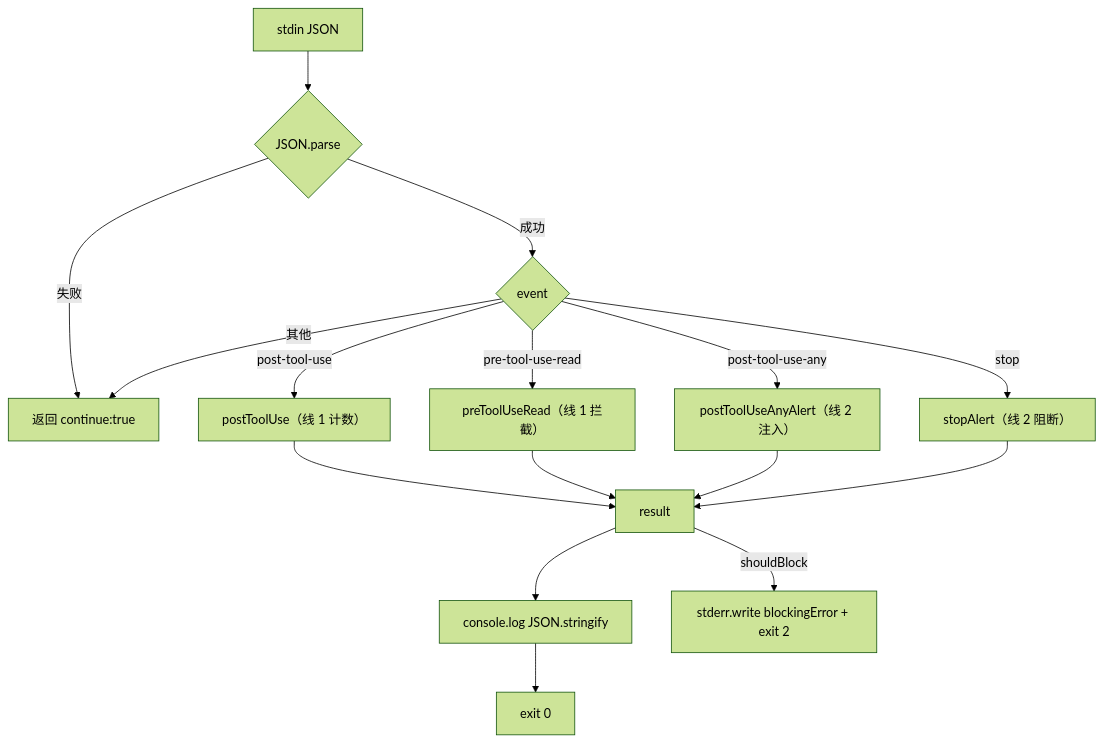
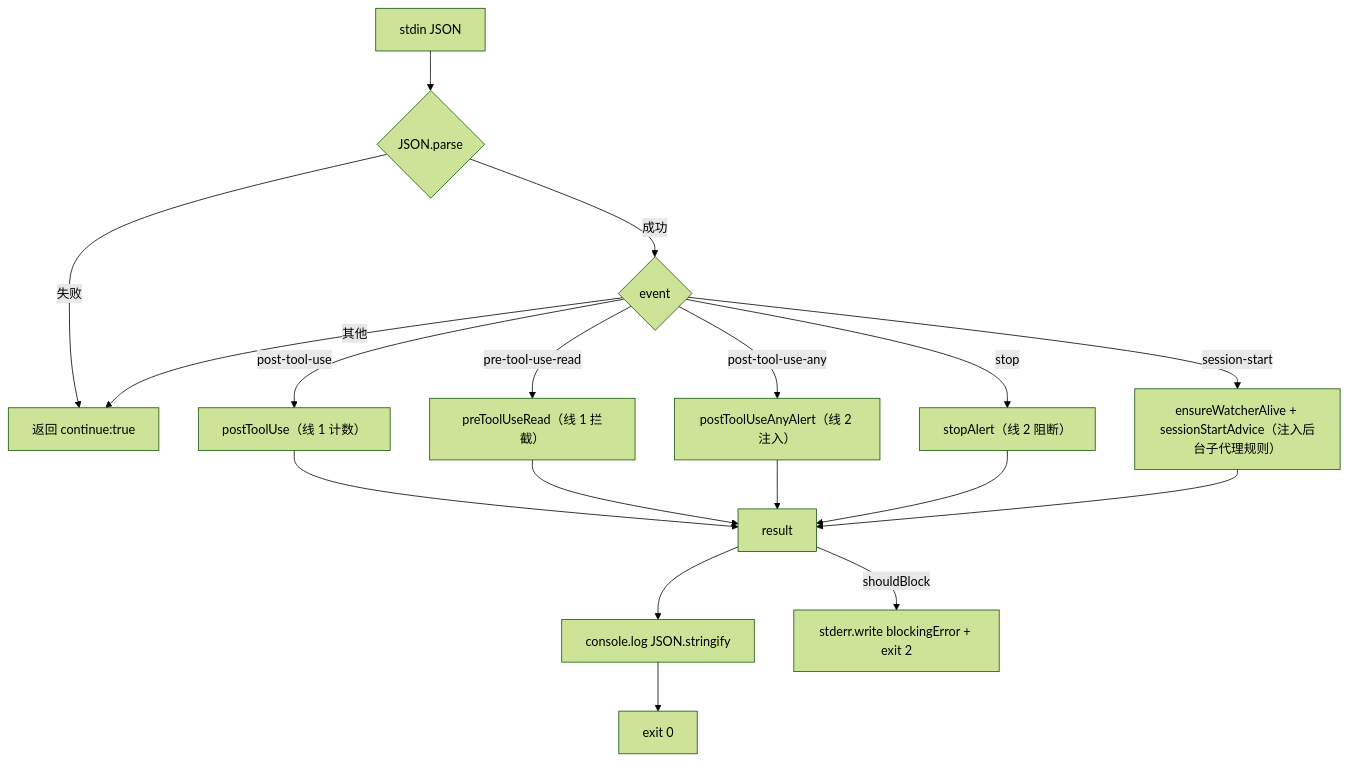
The diagram in docs/4.DeepDive/index.mjs.md (Lionad-Morotar/cc-break-dead-loop), drawn with Mermaid (forest theme) before and after one commit. The commit also changed other lines of this file and 10 other files, not shown here.

````diff
--- a/docs/4.DeepDive/index.mjs.md
+++ b/docs/4.DeepDive/index.mjs.md
@@ -19,18 +19,20 @@
 ```mermaid
 flowchart TD
   A[stdin JSON] --> B{JSON.parse}
   B -->|成功| C{event}
   B -->|失败| D[返回 continue:true]
   C -->|post-tool-use| E[postToolUse（线 1 计数）]
   C -->|pre-tool-use-read| F[preToolUseRead（线 1 拦截）]
   C -->|post-tool-use-any| G[postToolUseAnyAlert（线 2 注入）]
   C -->|stop| H[stopAlert（线 2 阻断）]
+  C -->|session-start| S[ensureWatcherAlive + sessionStartAdvice（注入后台子代理规则）]
   C -->|其他| D
   E --> R[result]
   F --> R
   G --> R
   H --> R
+  S --> R
   R --> J[console.log JSON.stringify]
   J --> K[exit 0]
   R -->|shouldBlock| L[stderr.write blockingError + exit 2]
 ```
````
